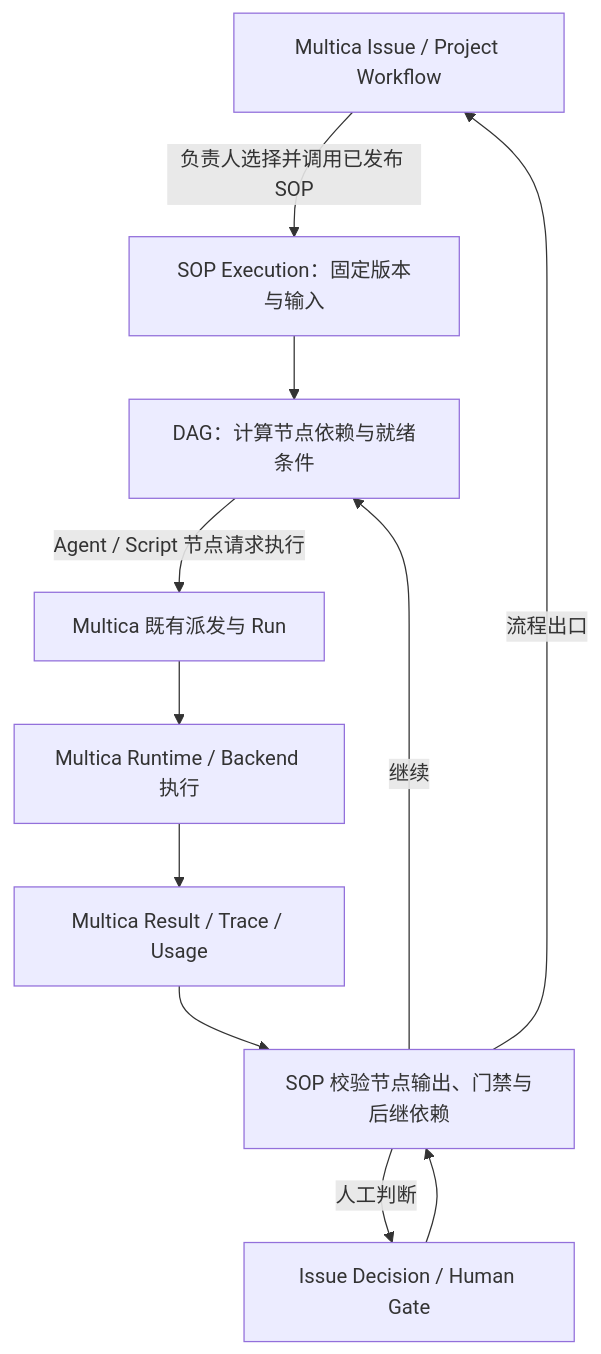
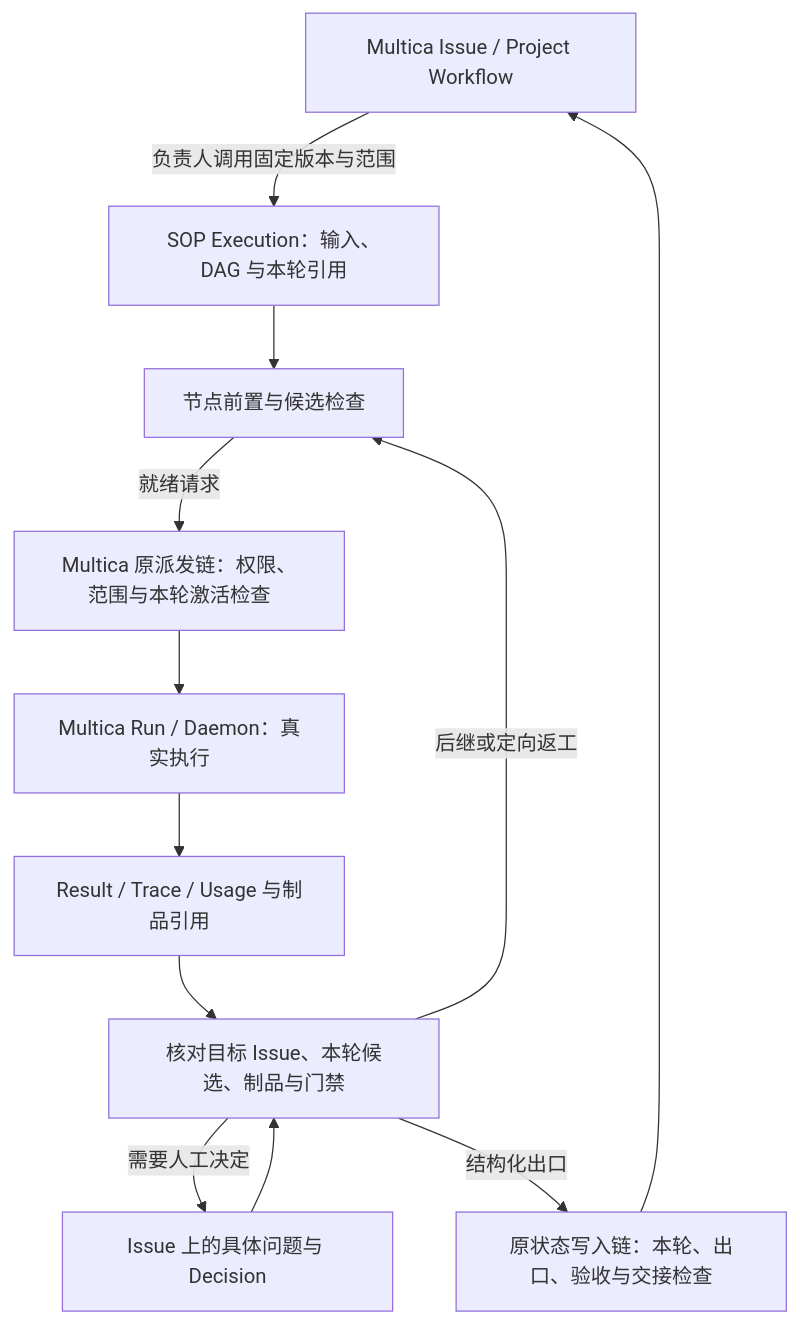
The diagram in docs/architecture/02-sop-workflow.md (ScWen7/Issues), drawn with Mermaid before and after one commit. The commit also changed other lines of this file and 14 other files, not shown here.

````diff
--- a/docs/architecture/02-sop-workflow.md
+++ b/docs/architecture/02-sop-workflow.md
@@ -40,13 +39,14 @@
 ```mermaid
 flowchart TD
-    I["Multica Issue / Project Workflow"] -->|"负责人选择并调用已发布 SOP"| S["SOP Execution：固定版本与输入"]
-    S --> D["DAG：计算节点依赖与就绪条件"]
-    D -->|"Agent / Script 节点请求执行"| M["Multica 既有派发与 Run"]
-    M --> R["Multica Runtime / Backend 执行"]
-    R --> T["Multica Result / Trace / Usage"]
-    T --> C["SOP 校验节点输出、门禁与后继依赖"]
-    C -->|"继续"| D
-    C -->|"人工判断"| H["Issue Decision / Human Gate"]
+    I["Multica Issue / Project Workflow"] -->|"负责人调用固定版本与范围"| S["SOP Execution：输入、DAG 与本轮引用"]
+    S --> D["节点前置与候选检查"]
+    D -->|"就绪请求"| M["Multica 原派发链：权限、范围与本轮激活检查"]
+    M --> R["Multica Run / Daemon：真实执行"]
+    R --> T["Result / Trace / Usage 与制品引用"]
+    T --> C["核对目标 Issue、本轮候选、制品与门禁"]
+    C -->|"后继或定向返工"| D
+    C -->|"需要人工决定"| H["Issue 上的具体问题与 Decision"]
     H --> C
-    C -->|"流程出口"| I
+    C -->|"结构化出口"| W["原状态写入链：本轮、出口、验收与交接检查"]
+    W --> I
 ```
````
